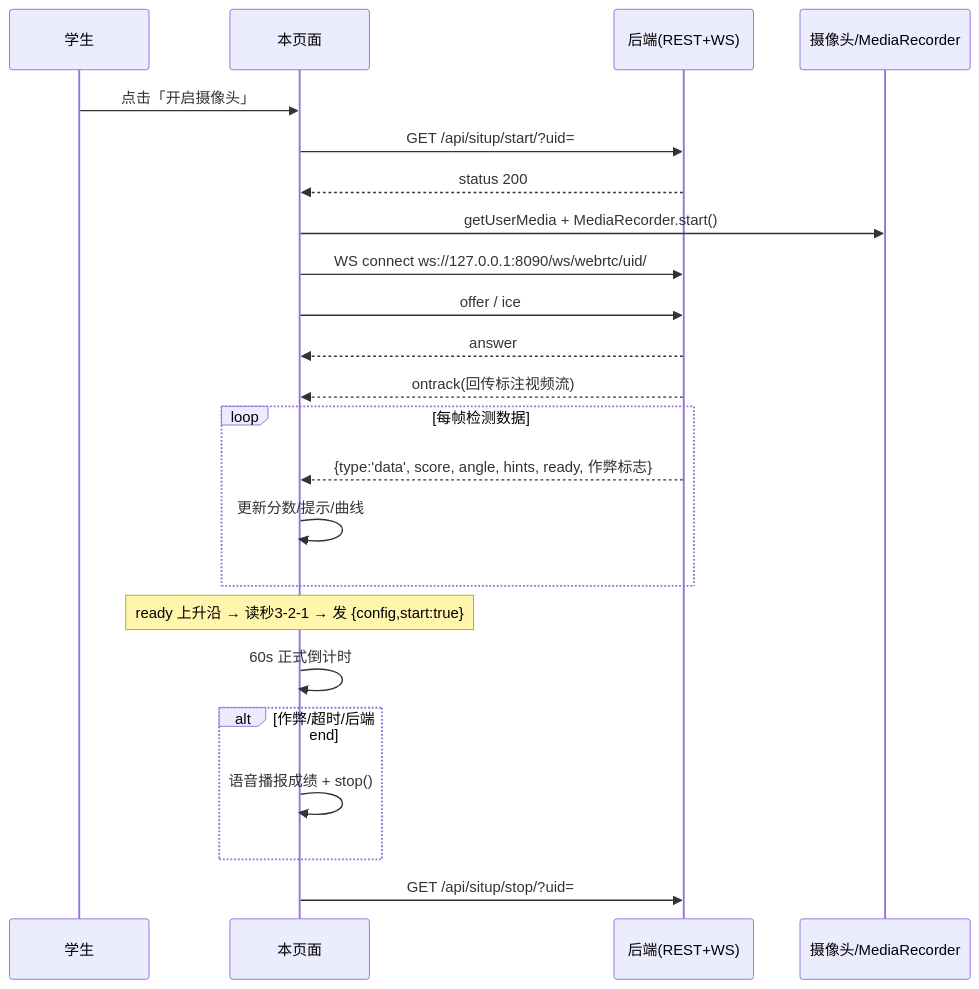
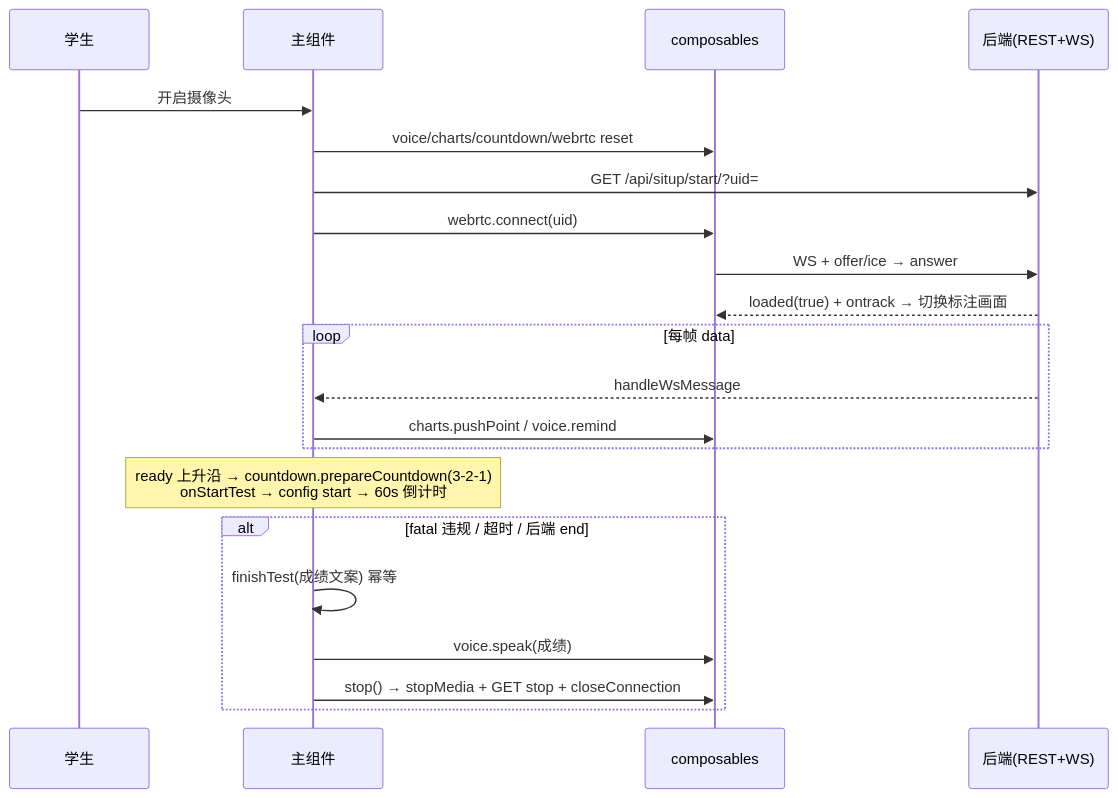
Before and after one commit to Macarion/sport-vue: the diagram in docs/StudentTestingSitup.md, drawn with Mermaid. The commit also changed other lines of this file and 6 other files, not shown here.

````diff
--- a/docs/StudentTestingSitup.md
+++ b/docs/StudentTestingSitup.md
@@ -102,26 +93,24 @@
 ```mermaid
 sequenceDiagram
     participant U as 学生
-    participant P as 本页面
+    participant P as 主组件
+    participant M as composables
     participant B as 后端(REST+WS)
-    participant V as 摄像头/MediaRecorder
 
-    U->>P: 点击「开启摄像头」
+    U->>P: 开启摄像头
+    P->>M: voice/charts/countdown/webrtc reset
     P->>B: GET /api/situp/start/?uid=
-    B-->>P: status 200
-    P->>V: getUserMedia + MediaRecorder.start()
-    P->>B: WS connect ws://127.0.0.1:8090/ws/webrtc/uid/
-    P->>B: offer / ice
-    B-->>P: answer
-    B-->>P: ontrack(回传标注视频流)
-    loop 每帧检测数据
-        B-->>P: {type:'data', score, angle, hints, ready, 作弊标志}
-        P->>P: 更新分数/提示/曲线
+    P->>M: webrtc.connect(uid)
+    M->>B: WS + offer/ice → answer
+    B-->>M: loaded(true) + ontrack → 切换标注画面
+    loop 每帧 data
+        B-->>P: handleWsMessage
+        P->>M: charts.pushPoint / voice.remind
     end
-    Note over P: ready 上升沿 → 读秒3-2-1 → 发 {config,start:true}
-    P->>P: 60s 正式倒计时
-    alt 作弊/超时/后端 end
-        P->>P: 语音播报成绩 + stop()
+    Note over P: ready 上升沿 → countdown.prepareCountdown(3-2-1)<br/>onStartTest → config start → 60s 倒计时
+    alt fatal 违规 / 超时 / 后端 end
+        P->>P: finishTest(成绩文案) 幂等
+        P->>M: voice.speak(成绩)
+        P->>M: stop() → stopMedia + GET stop + closeConnection
     end
-    P->>B: GET /api/situp/stop/?uid=
 ```
````
